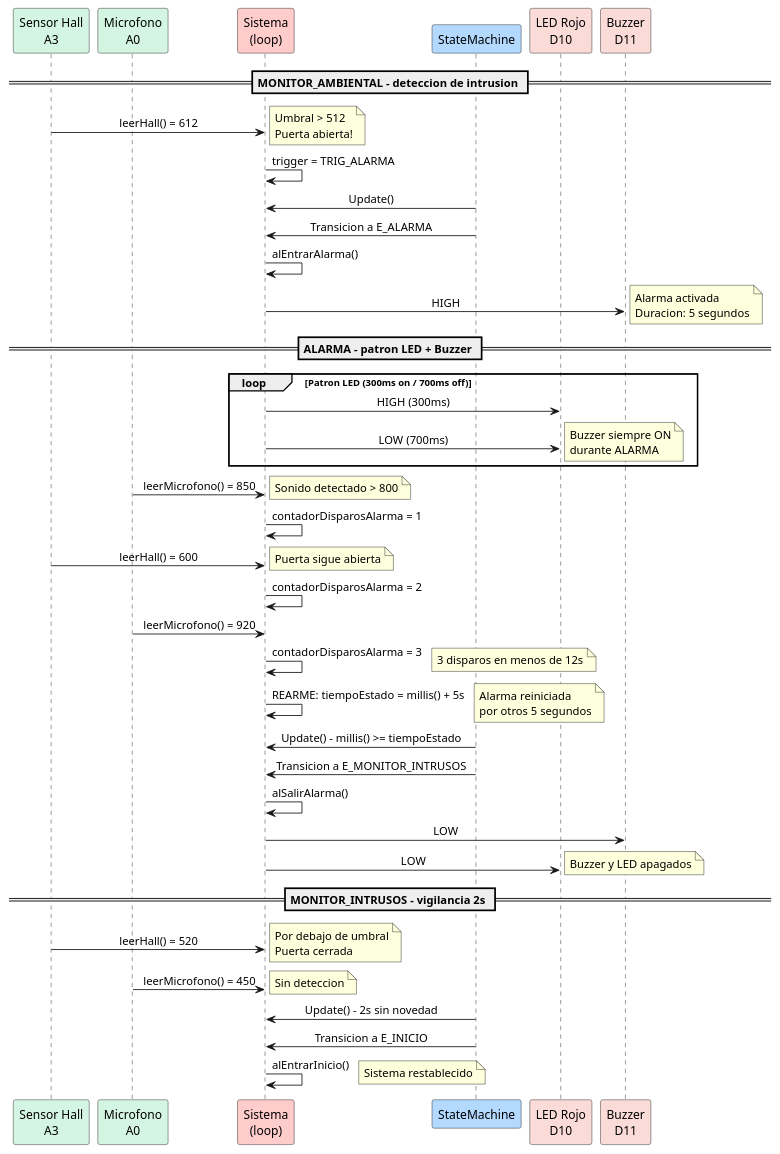
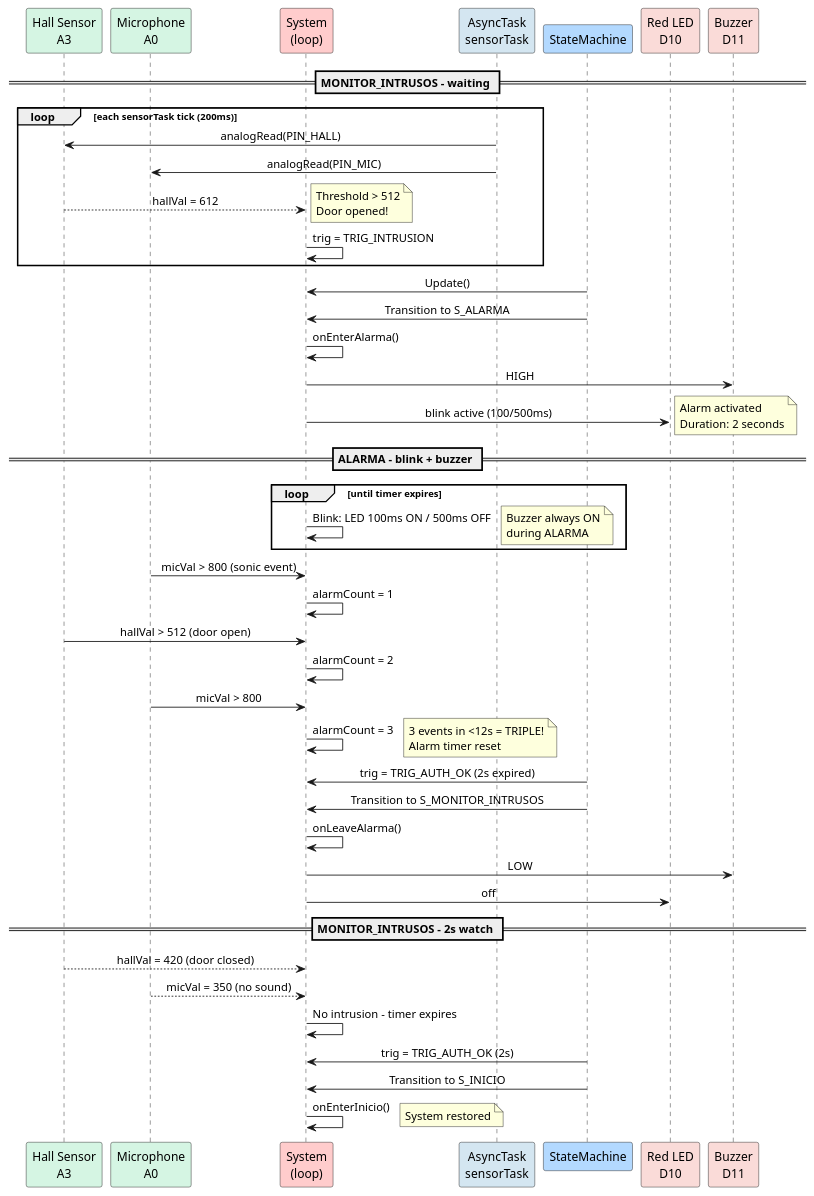
The diagram in docs/UML/secuencia-alarma.puml (FernandoMulato/Final-Arduino-Project), drawn with PlantUML before and after one commit. The commit also changed 14 other files, not shown here.

```diff
--- a/docs/UML/secuencia-alarma.puml
+++ b/docs/UML/secuencia-alarma.puml
@@ -1,70 +1,67 @@
 @startuml IntrusionAlarma
 ' ====================================================================
-' Diagrama de secuencia - Intrusion y alarma
-' Sensor Hall -> ALARMA -> MONITOR_INTRUSOS -> rearme triple -> reposo
+' Sequence diagram - Intrusion and alarm
+' Hall sensor -> ALARMA (2s, 100/500ms) -> MONITOR_INTRUSOS -> INICIO
 ' ====================================================================
 
 skinparam backgroundColor white
 skinparam defaultFontName SansSerif
 skinparam sequenceMessageAlign center
 
-participant "Sensor Hall\nA3" as HALL #D5F5E3
-participant "Microfono\nA0" as MIC #D5F5E3
-participant "Sistema\n(loop)" as SYS #FFCCCC
+participant "Hall Sensor\nA3" as HALL #D5F5E3
+participant "Microphone\nA0" as MIC #D5F5E3
+participant "System\n(loop)" as SYS #FFCCCC
+participant "AsyncTask\nsensorTask" as ASYNC #D4E6F1
 participant "StateMachine" as FSM #B3D9FF
-participant "LED Rojo\nD10" as LEDR #FADBD8
+participant "Red LED\nD10" as LED #FADBD8
 participant "Buzzer\nD11" as BUZ #FADBD8
 
-== MONITOR_AMBIENTAL - deteccion de intrusion ==
-HALL -> SYS: leerHall() = 612
-note right: Umbral > 512\nPuerta abierta!
-SYS -> SYS: trigger = TRIG_ALARMA
+== MONITOR_INTRUSOS - waiting ==
+note right: State S_MONITOR_INTRUSOS\nLCD: "MONITOR SEC"
+
+loop each sensorTask tick (200ms)
+  ASYNC -> HALL: analogRead(PIN_HALL)
+  ASYNC -> MIC: analogRead(PIN_MIC)
+  HALL --> SYS: hallVal = 612
+  note right: Threshold > 512\nDoor opened!
+  SYS -> SYS: trig = TRIG_INTRUSION
+end
 
 FSM -> SYS: Update()
-FSM -> SYS: Transicion a E_ALARMA
-SYS -> SYS: alEntrarAlarma()
+FSM -> SYS: Transition to S_ALARMA
+SYS -> SYS: onEnterAlarma()
 SYS -> BUZ: HIGH
-note right: Alarma activada\nDuracion: 5 segundos
+SYS -> LED: blink active (100/500ms)
+note right: Alarm activated\nDuration: 2 seconds
 
-== ALARMA - patron LED + Buzzer ==
-loop Patron LED (300ms on / 700ms off)
-  SYS -> LEDR: HIGH (300ms)
-  SYS -> LEDR: LOW (700ms)
-  note right: Buzzer siempre ON\ndurante ALARMA
+== ALARMA - blink + buzzer ==
+loop until timer expires
+  SYS -> SYS: Blink: LED 100ms ON / 500ms OFF
+  note right: Buzzer always ON\nduring ALARMA
 end
 
-MIC -> SYS: leerMicrofono() = 850
-note right: Sonido detectado > 800
-SYS -> SYS: contadorDisparosAlarma = 1
+MIC -> SYS: micVal > 800 (sonic event)
+SYS -> SYS: alarmCount = 1
+HALL -> SYS: hallVal > 512 (door open)
+SYS -> SYS: alarmCount = 2
+MIC -> SYS: micVal > 800
+SYS -> SYS: alarmCount = 3
+note right: 3 events in <12s = TRIPLE!\nAlarm timer reset
 
-HALL -> SYS: leerHall() = 600
-note right: Puerta sigue abierta
-SYS -> SYS: contadorDisparosAlarma = 2
+FSM -> SYS: trig = TRIG_AUTH_OK (2s expired)
+FSM -> SYS: Transition to S_MONITOR_INTRUSOS
+SYS -> SYS: onLeaveAlarma()
+SYS -> BUZ: LOW
+SYS -> LED: off
 
-MIC -> SYS: leerMicrofono() = 920
-SYS -> SYS: contadorDisparosAlarma = 3
-note right: 3 disparos en menos de 12s
+== MONITOR_INTRUSOS - 2s watch ==
+HALL --> SYS: hallVal = 420 (door closed)
+MIC --> SYS: micVal = 350 (no sound)
+SYS -> SYS: No intrusion - timer expires
 
-SYS -> SYS: REARME: tiempoEstado = millis() + 5s
-note right: Alarma reiniciada\npor otros 5 segundos
-
-FSM -> SYS: Update() - millis() >= tiempoEstado
-FSM -> SYS: Transicion a E_MONITOR_INTRUSOS
-SYS -> SYS: alSalirAlarma()
-SYS -> BUZ: LOW
-SYS -> LEDR: LOW
-note right: Buzzer y LED apagados
-
-== MONITOR_INTRUSOS - vigilancia 2s ==
-HALL -> SYS: leerHall() = 520
-note right: Por debajo de umbral\nPuerta cerrada
-
-MIC -> SYS: leerMicrofono() = 450
-note right: Sin deteccion
-
-FSM -> SYS: Update() - 2s sin novedad
-FSM -> SYS: Transicion a E_INICIO
-SYS -> SYS: alEntrarInicio()
-note right: Sistema restablecido
+FSM -> SYS: trig = TRIG_AUTH_OK (2s)
+FSM -> SYS: Transition to S_INICIO
+SYS -> SYS: onEnterInicio()
+note right: System restored
 
 @enduml
```
